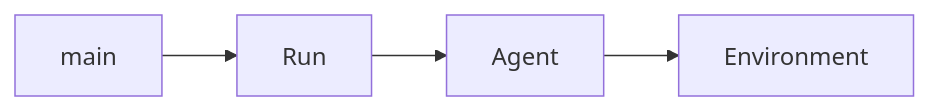
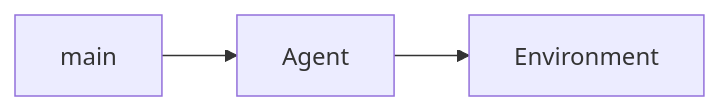
The first of 2 diagrams in README.md (rHedBull/strategey_RL_env), drawn with Mermaid before and after one commit. The commit also changed other lines of this file and 1 other file, not shown here.

````diff
--- a/README.md
+++ b/README.md
@@ -178,8 +114,7 @@
 ```mermaid
 graph LR
 
-    m[main] --> R[Run]
-    R --> A[Agent]
+    m[main]--> A[Agent]
     A --> E[Environment]
 
 ```
````
